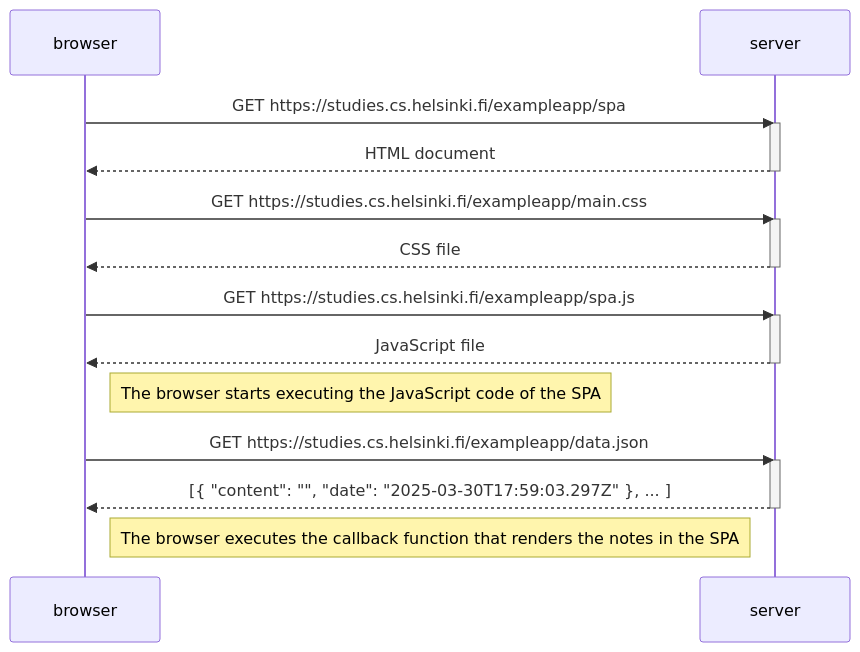
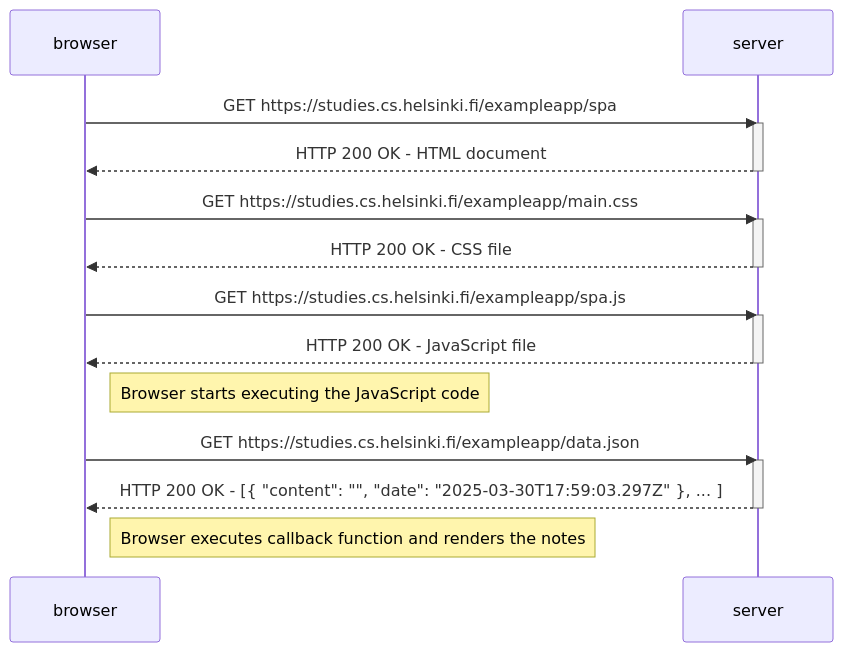
The diagram in part0/0.5.md (hpord/fullstackopen), drawn with Mermaid before and after one commit.

````diff
--- a/part0/0.5.md
+++ b/part0/0.5.md
@@ -1,29 +1,29 @@
 ```mermaid
 sequenceDiagram
     participant browser
     participant server
 
     browser->>server: GET https://studies.cs.helsinki.fi/exampleapp/spa
     activate server
-    server-->>browser: HTML document
+    server-->>browser: HTTP 200 OK - HTML document
     deactivate server
 
     browser->>server: GET https://studies.cs.helsinki.fi/exampleapp/main.css
     activate server
-    server-->>browser: CSS file
+    server-->>browser: HTTP 200 OK - CSS file
     deactivate server
 
     browser->>server: GET https://studies.cs.helsinki.fi/exampleapp/spa.js
     activate server
-    server-->>browser: JavaScript file
+    server-->>browser: HTTP 200 OK - JavaScript file
     deactivate server
 
-    Note right of browser: The browser starts executing the JavaScript code of the SPA
+    Note right of browser: Browser starts executing the JavaScript code
 
     browser->>server: GET https://studies.cs.helsinki.fi/exampleapp/data.json
     activate server
-    server-->>browser: [{ "content": "", "date": "2025-03-30T17:59:03.297Z" }, ... ]
+    server-->>browser: HTTP 200 OK - [{ "content": "", "date": "2025-03-30T17:59:03.297Z" }, ... ]
     deactivate server
 
-    Note right of browser: The browser executes the callback function that renders the notes in the SPA
+    Note right of browser: Browser executes callback function and renders the notes
 ```
````
